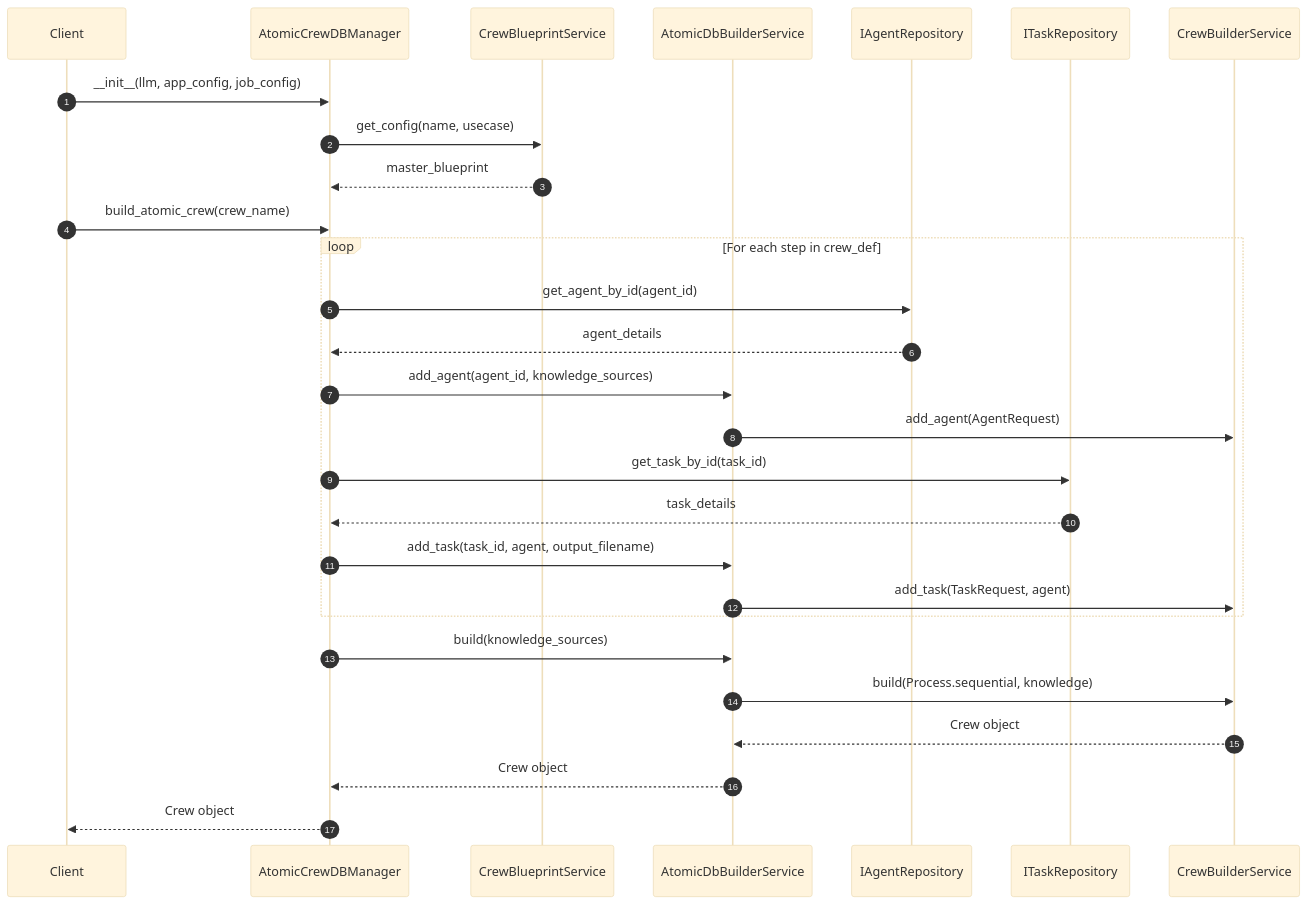
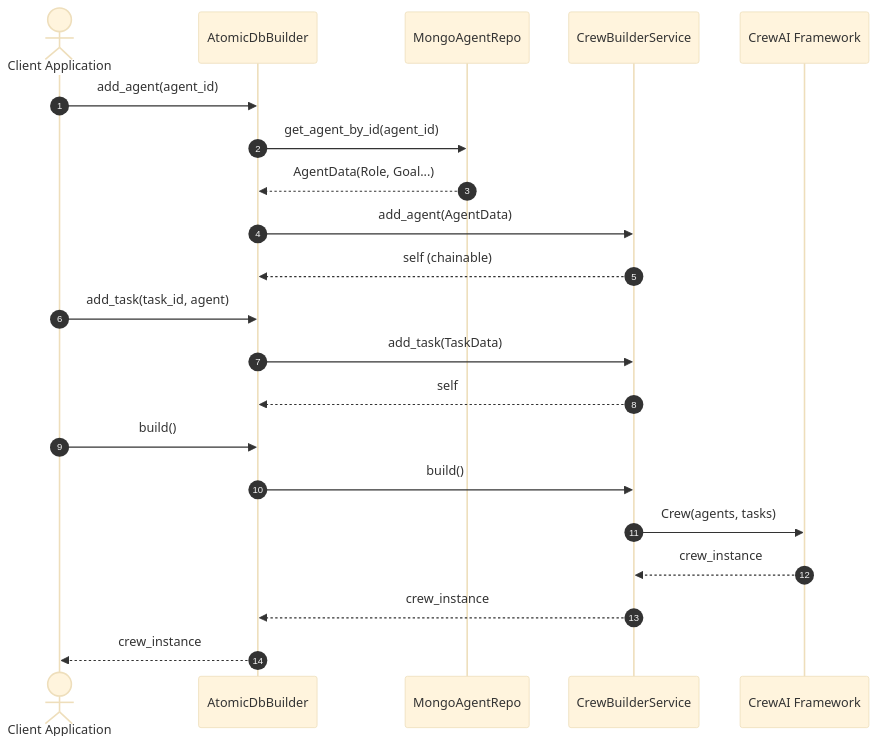
One commit to NikhilVijayakumar/Amsha changed the third of 3 diagrams in docs/paper/modules/crew_forge/architecture.md. Above: the diagram before and after it, drawn with Mermaid. The commit also changed other lines of this file and 30 other files, not shown here.

````diff
--- a/docs/paper/modules/crew_forge/architecture.md
+++ b/docs/paper/modules/crew_forge/architecture.md
@@ -139,41 +89,27 @@
 ```mermaid
----
-config:
-  theme: base
----
+%%{init: {'theme': 'base'}}%%
 sequenceDiagram
     autonumber
-    participant Client
-    participant Manager as AtomicCrewDBManager
-    participant Blueprint as CrewBlueprintService
-    participant Builder as AtomicDbBuilderService
-    participant AgentRepo as IAgentRepository
-    participant TaskRepo as ITaskRepository
-    participant CrewBuilder as CrewBuilderService
+    actor App as Client Application
+    participant ADB as AtomicDbBuilder
+    participant Repo as MongoAgentRepo
+    participant Core as CrewBuilderService
+    participant Crew as CrewAI Framework
+
+    App->>ADB: add_agent(agent_id)
+    ADB->>Repo: get_agent_by_id(agent_id)
+    Repo-->>ADB: AgentData(Role, Goal...)
+    ADB->>Core: add_agent(AgentData)
+    Core-->>ADB: self (chainable)
     
-    Client->>Manager: __init__(llm, app_config, job_config)
-    Manager->>Blueprint: get_config(name, usecase)
-    Blueprint-->>Manager: master_blueprint
+    App->>ADB: add_task(task_id, agent)
+    ADB->>Core: add_task(TaskData)
+    Core-->>ADB: self
     
-    Client->>Manager: build_atomic_crew(crew_name)
-    
-    loop For each step in crew_def
-        Manager->>AgentRepo: get_agent_by_id(agent_id)
-        AgentRepo-->>Manager: agent_details
-        
-        Manager->>Builder: add_agent(agent_id, knowledge_sources)
-        Builder->>CrewBuilder: add_agent(AgentRequest)
-        
-        Manager->>TaskRepo: get_task_by_id(task_id)
-        TaskRepo-->>Manager: task_details
-        
-        Manager->>Builder: add_task(task_id, agent, output_filename)
-        Builder->>CrewBuilder: add_task(TaskRequest, agent)
-    end
-    
-    Manager->>Builder: build(knowledge_sources)
-    Builder->>CrewBuilder: build(Process.sequential, knowledge)
-    CrewBuilder-->>Builder: Crew object
-    Builder-->>Manager: Crew object
-    Manager-->>Client: Crew object
+    App->>ADB: build()
+    ADB->>Core: build()
+    Core->>Crew: Crew(agents, tasks)
+    Crew-->>Core: crew_instance
+    Core-->>ADB: crew_instance
+    ADB-->>App: crew_instance
 ```
````
